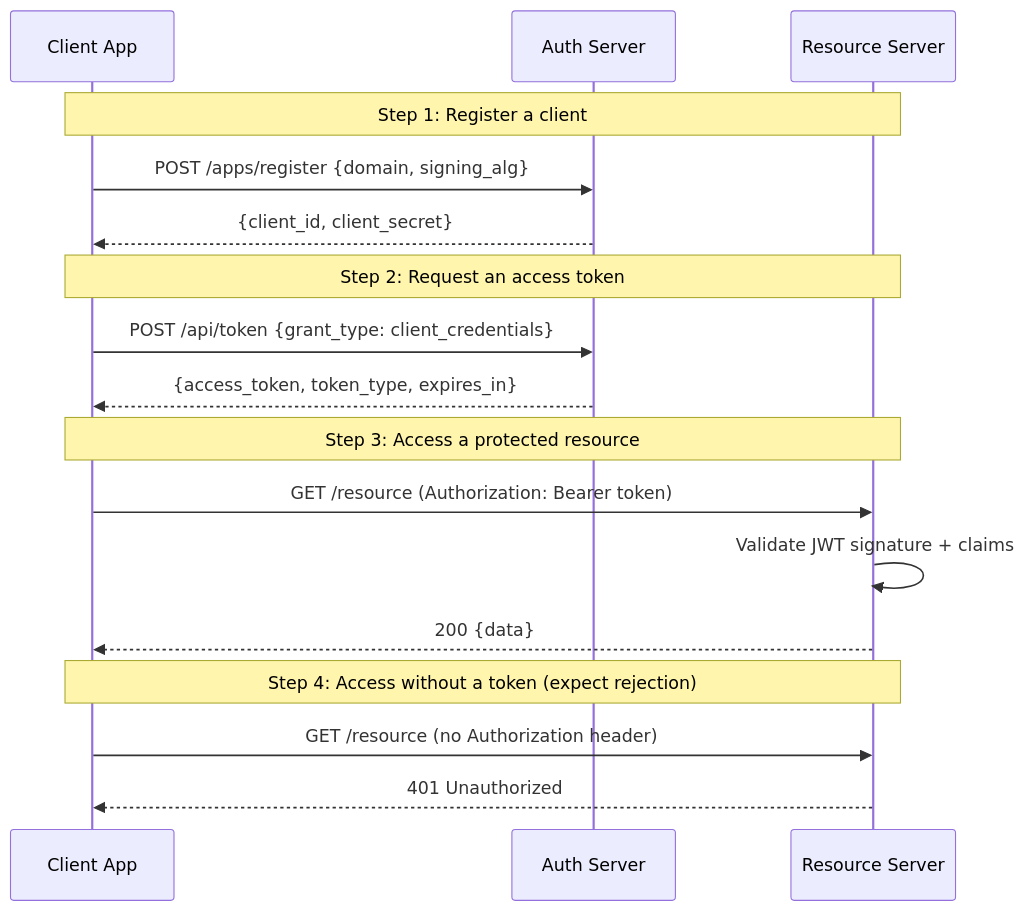
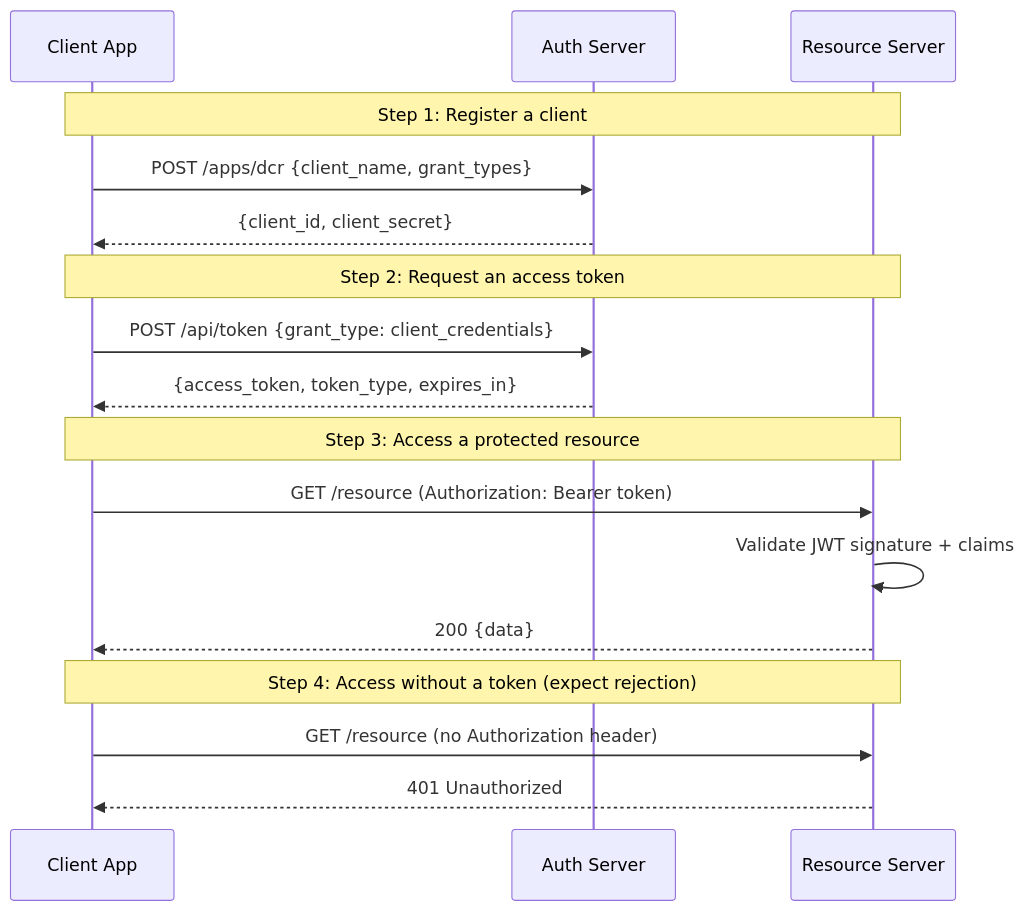
The diagram in examples/01-client-credentials/WALKTHROUGH.md (panyam/oneauth), drawn with Mermaid before and after one commit. The commit also changed other lines of this file and 26 other files, not shown here.

````diff
--- a/examples/01-client-credentials/WALKTHROUGH.md
+++ b/examples/01-client-credentials/WALKTHROUGH.md
@@ -14,23 +14,23 @@
 ```mermaid
 sequenceDiagram
     participant App as Client App
     participant AS as Auth Server
     participant RS as Resource Server
 
     Note over App,RS: Step 1: Register a client
-    App->>AS: POST /apps/register {domain, signing_alg}
+    App->>AS: POST /apps/dcr {client_name, grant_types}
     AS-->>App: {client_id, client_secret}
 
     Note over App,RS: Step 2: Request an access token
     App->>AS: POST /api/token {grant_type: client_credentials}
     AS-->>App: {access_token, token_type, expires_in}
 
     Note over App,RS: Step 3: Access a protected resource
     App->>RS: GET /resource (Authorization: Bearer token)
     RS->>RS: Validate JWT signature + claims
     RS-->>App: 200 {data}
 
     Note over App,RS: Step 4: Access without a token (expect rejection)
     App->>RS: GET /resource (no Authorization header)
     RS-->>App: 401 Unauthorized
 ```
````
